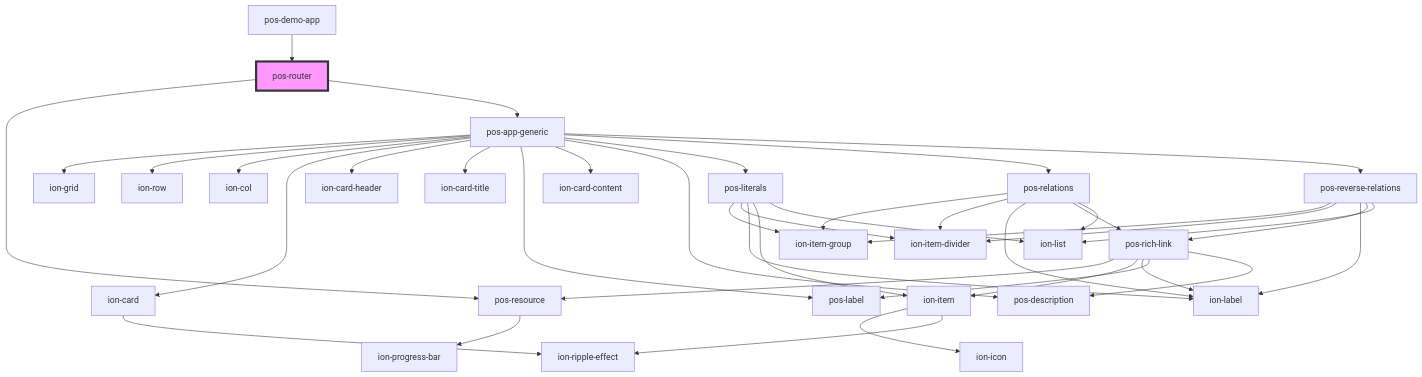
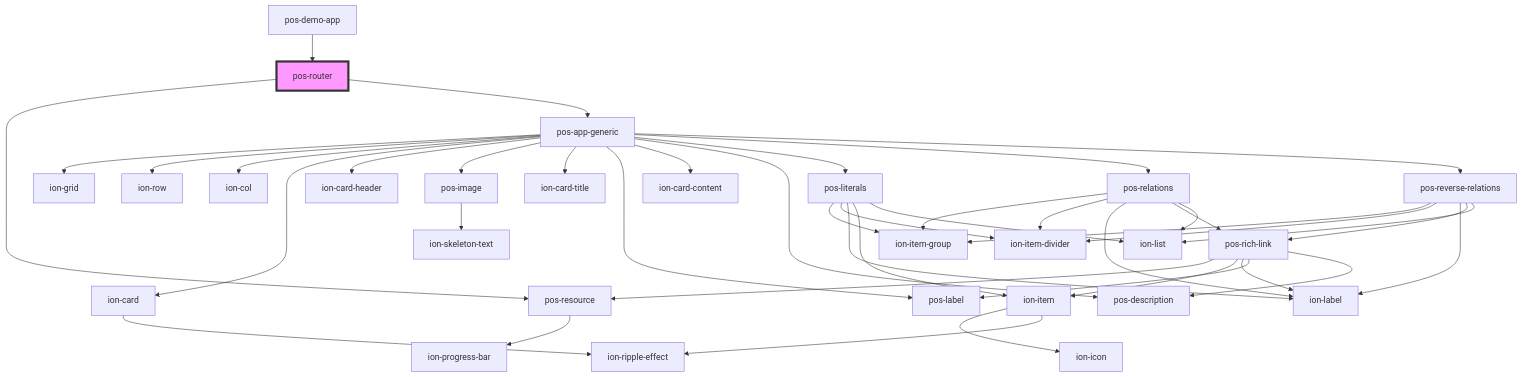
Before and after one commit to pod-os/PodOS: the diagram in elements/src/components/pos-router/readme.md, drawn with Mermaid. The commit also changed 10 other files, not shown here.

Commit message:
add pos-image component

````diff
--- a/elements/src/components/pos-router/readme.md
+++ b/elements/src/components/pos-router/readme.md
@@ -20,43 +20,45 @@
 ```mermaid
 graph TD;
   pos-router --> pos-resource
   pos-router --> pos-app-generic
   pos-resource --> ion-progress-bar
   pos-app-generic --> ion-grid
   pos-app-generic --> ion-row
   pos-app-generic --> ion-col
   pos-app-generic --> ion-card
   pos-app-generic --> ion-card-header
+  pos-app-generic --> pos-image
   pos-app-generic --> ion-card-title
   pos-app-generic --> pos-label
   pos-app-generic --> ion-card-content
   pos-app-generic --> pos-description
   pos-app-generic --> pos-literals
   pos-app-generic --> pos-relations
   pos-app-generic --> pos-reverse-relations
   ion-card --> ion-ripple-effect
+  pos-image --> ion-skeleton-text
   pos-literals --> ion-item-group
   pos-literals --> ion-item-divider
   pos-literals --> ion-label
   pos-literals --> ion-item
   pos-literals --> ion-list
   ion-item --> ion-icon
   ion-item --> ion-ripple-effect
   pos-relations --> ion-item-group
   pos-relations --> ion-item-divider
   pos-relations --> ion-label
   pos-relations --> pos-rich-link
   pos-relations --> ion-list
   pos-rich-link --> pos-resource
   pos-rich-link --> ion-item
   pos-rich-link --> ion-label
   pos-rich-link --> pos-label
   pos-rich-link --> pos-description
   pos-reverse-relations --> ion-item-group
   pos-reverse-relations --> ion-item-divider
   pos-reverse-relations --> ion-label
   pos-reverse-relations --> pos-rich-link
   pos-reverse-relations --> ion-list
   pos-demo-app --> pos-router
   style pos-router fill:#f9f,stroke:#333,stroke-width:4px
 ```
````
